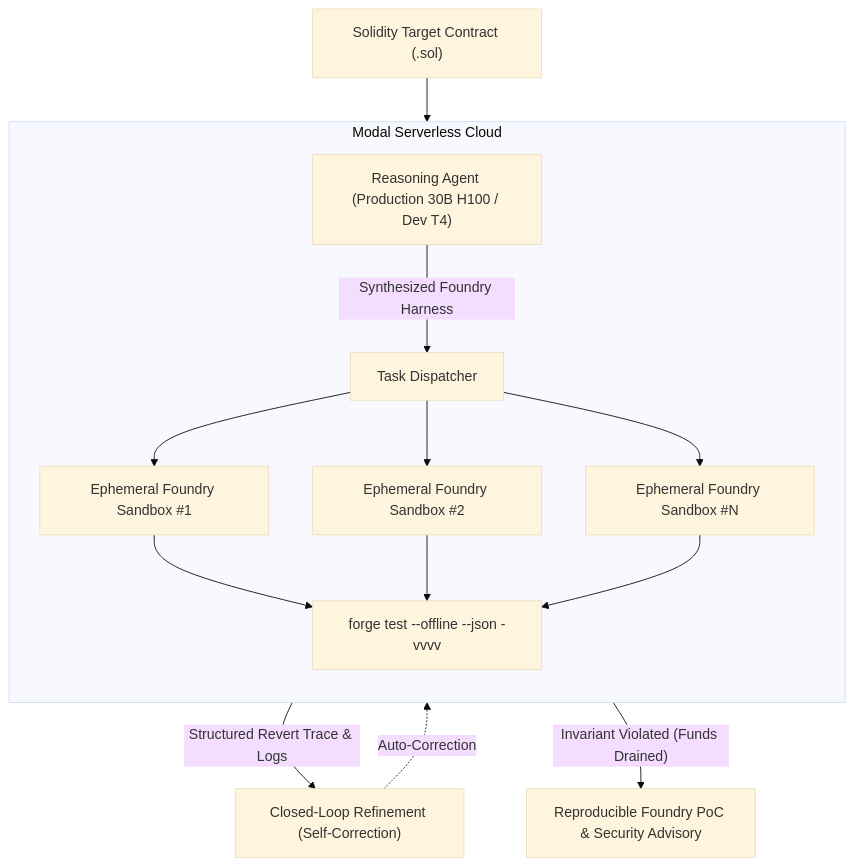
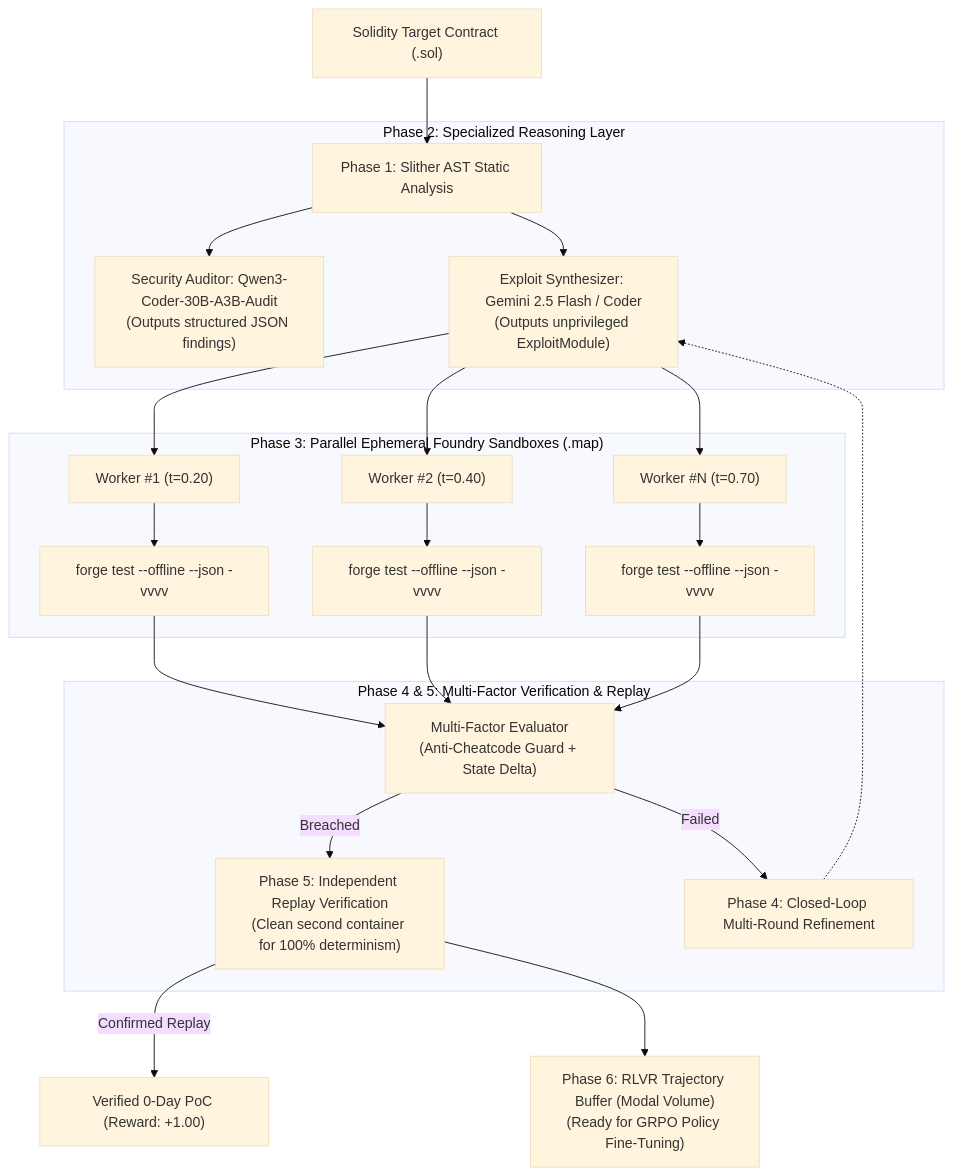
Before and after one commit to NeuBeginner/Agentic-security-RLVR: the diagram in README.md, drawn with Mermaid (base theme). The commit also changed other lines of this file and 7 other files, not shown here.

Commit message:
feat(v2.0): implement Aegis-RLVR 2.0 with Slither, Gemini API, cheatcode isolation, independent replay, and GRPO trajectory buffer

````diff
--- a/README.md
+++ b/README.md
@@ -25,20 +17,32 @@
 ```mermaid
 flowchart TD
-    TargetContract["Solidity Target Contract (.sol)"] --> Agent["Reasoning Agent (Production 30B H100 / Dev T4)"]
+    TargetContract["Solidity Target Contract (.sol)"] --> Slither["Phase 1: Slither AST Static Analysis"]
     
-    subgraph ModalCloud["Modal Serverless Cloud"]
-        direction TB
-        Agent -->|"Synthesized Foundry Harness"| Dispatcher["Task Dispatcher"]
-        Dispatcher --> Box1["Ephemeral Foundry Sandbox #1"]
-        Dispatcher --> Box2["Ephemeral Foundry Sandbox #2"]
-        Dispatcher --> BoxN["Ephemeral Foundry Sandbox #N"]
-        
-        Box1 --> Forge["forge test --offline --json -vvvv"]
-        Box2 --> Forge
-        BoxN --> Forge
+    subgraph MultiAgentReasoning["Phase 2: Specialized Reasoning Layer"]
+        Slither --> Auditor["Security Auditor: Qwen3-Coder-30B-A3B-Audit<br/>(Outputs structured JSON findings)"]
+        Slither --> Generator["Exploit Synthesizer: Gemini 2.5 Flash / Coder<br/>(Outputs unprivileged ExploitModule)"]
     end
     
-    Forge -->|"Structured Revert Trace & Logs"| Feedback["Closed-Loop Refinement (Self-Correction)"]
-    Feedback -.->|"Auto-Correction"| Agent
-    Forge -->|"Invariant Violated (Funds Drained)"| PoC["Reproducible Foundry PoC & Security Advisory"]
+    subgraph ModalExecution["Phase 3: Parallel Ephemeral Foundry Sandboxes (.map)"]
+        Generator --> Box1["Worker #1 (t=0.20)"]
+        Generator --> Box2["Worker #2 (t=0.40)"]
+        Generator --> BoxN["Worker #N (t=0.70)"]
+        
+        Box1 --> Forge1["forge test --offline --json -vvvv"]
+        Box2 --> Forge2["forge test --offline --json -vvvv"]
+        BoxN --> ForgeN["forge test --offline --json -vvvv"]
+    end
+    
+    subgraph VerificationConsensus["Phase 4 & 5: Multi-Factor Verification & Replay"]
+        Forge1 --> Evaluator["Multi-Factor Evaluator<br/>(Anti-Cheatcode Guard + State Delta)"]
+        Forge2 --> Evaluator
+        ForgeN --> Evaluator
+        
+        Evaluator -->|Breached| Replay["Phase 5: Independent Replay Verification<br/>(Clean second container for 100% determinism)"]
+        Evaluator -->|Failed| Refine["Phase 4: Closed-Loop Multi-Round Refinement"]
+        Refine -.-> Generator
+    end
+    
+    Replay -->|Confirmed Replay| PoC["Verified 0-Day PoC (Reward: +1.00)"]
+    Replay --> Trajectory["Phase 6: RLVR Trajectory Buffer (Modal Volume)<br/>(Ready for GRPO Policy Fine-Tuning)"]
 ```
````
